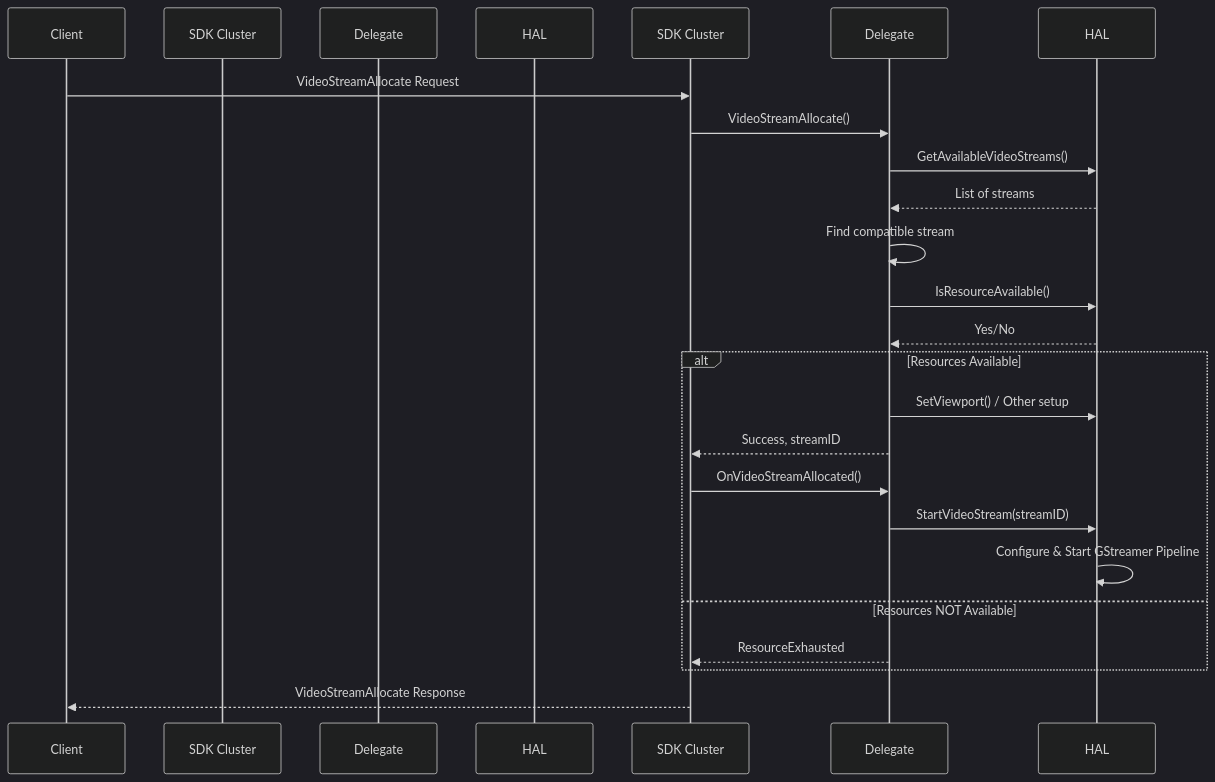
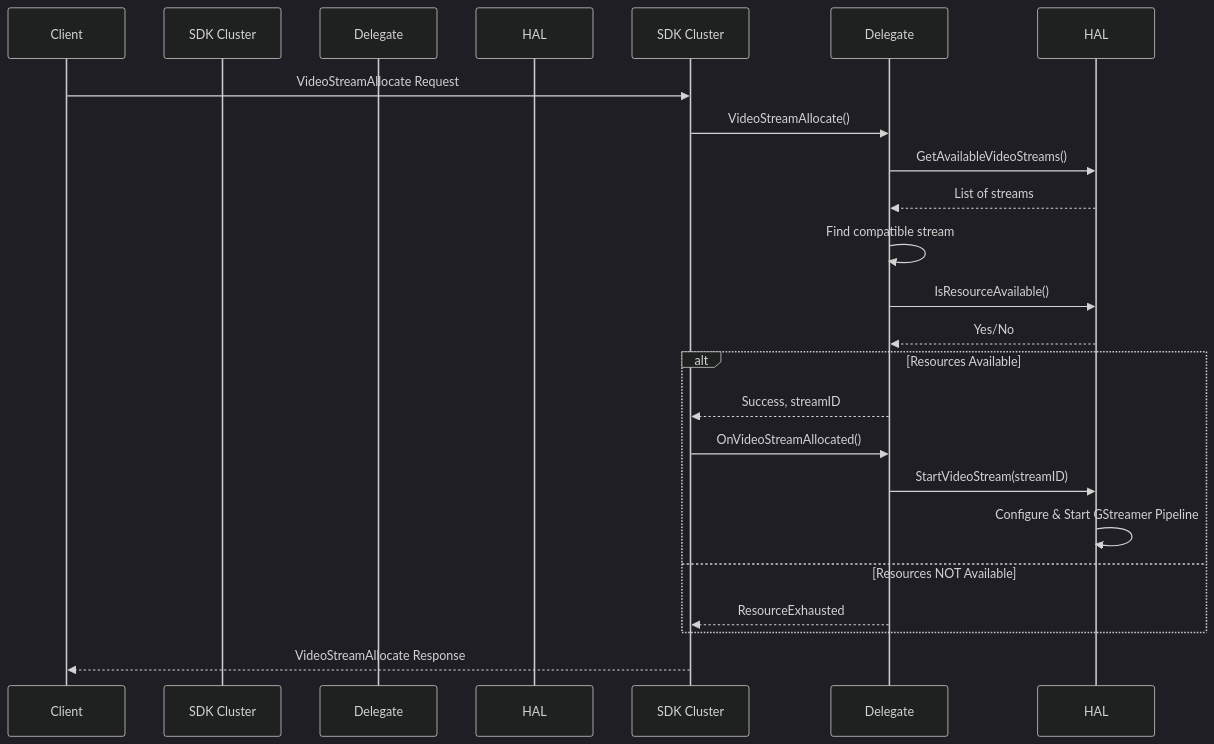
Before and after one commit to project-chip/connectedhomeip: the second of 5 diagrams in examples/camera-app/linux/doc/camera-app-architecture.md, drawn with Mermaid (dark theme).

Commit message:
Remove unnecessary step during VIdeoSTream Allocation.

````diff
--- a/examples/camera-app/linux/doc/camera-app-architecture.md
+++ b/examples/camera-app/linux/doc/camera-app-architecture.md
@@ -190,25 +190,24 @@
 ```mermaid
 sequenceDiagram
     participant Client
     participant CameraAVStreamMgmtServer as SDK Cluster
     participant CameraAVStreamManager as Delegate
     participant CameraDevice as HAL
 
     Client ->> SDK Cluster: VideoStreamAllocate Request
     SDK Cluster ->> Delegate: VideoStreamAllocate()
     Delegate ->> HAL: GetAvailableVideoStreams()
     HAL -->> Delegate: List of streams
     Delegate ->> Delegate: Find compatible stream
     Delegate ->> HAL: IsResourceAvailable()
     HAL -->> Delegate: Yes/No
     alt Resources Available
-        Delegate ->> HAL: SetViewport() / Other setup
         Delegate -->> SDK Cluster: Success, streamID
         SDK Cluster ->> Delegate: OnVideoStreamAllocated()
         Delegate ->> HAL: StartVideoStream(streamID)
         HAL ->> HAL: Configure & Start GStreamer Pipeline
     else Resources NOT Available
         Delegate -->> SDK Cluster: ResourceExhausted
     end
     SDK Cluster -->> Client: VideoStreamAllocate Response
 ```
````
